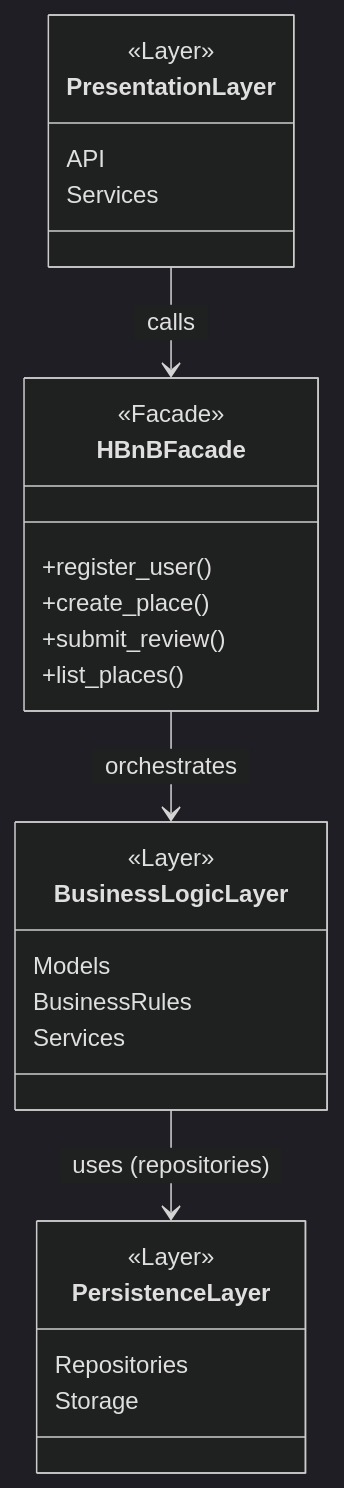
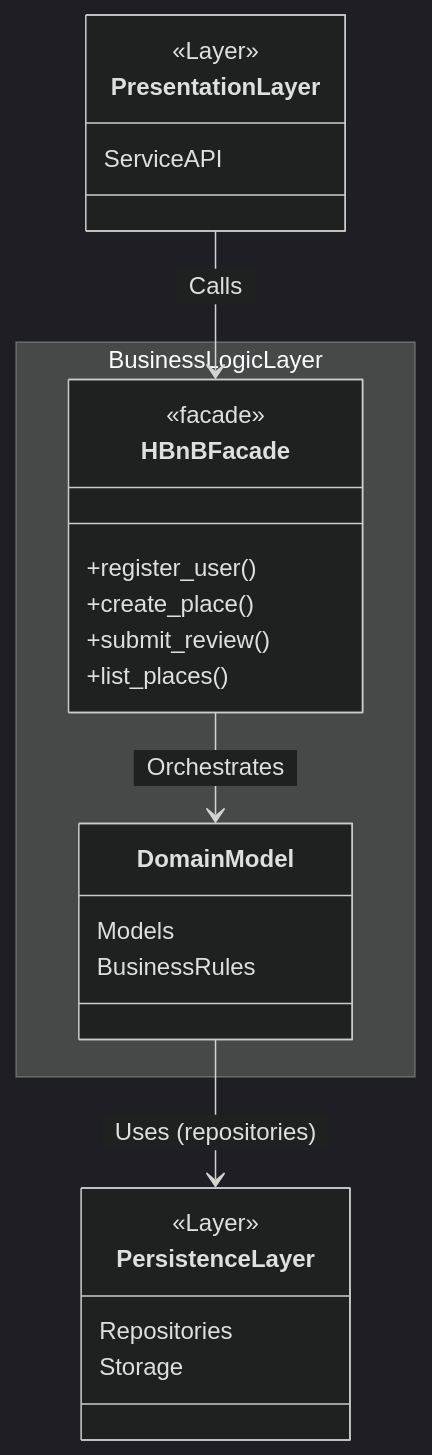
One commit to Aythann/holbertonschool-hbnb changed the diagram in part1/01_architecture.mmd. Above: the diagram before and after it, drawn with Mermaid (dark theme).

Commit message:
Update architecture file

```diff
--- a/part1/01_architecture.mmd
+++ b/part1/01_architecture.mmd
@@ -1,32 +1,30 @@
 classDiagram
 
 class PresentationLayer {
   <<Layer>>
-  API
-  Services
+  ServiceAPI
 }
 
-class HBnBFacade {
-  <<Facade>>
-  +register_user()
-  +create_place()
-  +submit_review()
-  +list_places()
-}
-
-class BusinessLogicLayer {
-  <<Layer>>
-  Models
-  BusinessRules
-  Services
+namespace BusinessLogicLayer {
+  class HBnBFacade {
+    <<facade>>
+    +register_user()
+    +create_place()
+    +submit_review()
+    +list_places()
+  }
+  class DomainModel {
+    Models
+    BusinessRules
+  }
 }
 
 class PersistenceLayer {
   <<Layer>>
   Repositories
   Storage
 }
 
-PresentationLayer --> HBnBFacade : &nbsp calls &nbsp
-HBnBFacade --> BusinessLogicLayer : &nbsp orchestrates &nbsp
-BusinessLogicLayer --> PersistenceLayer : &nbsp uses (repositories) &nbsp
+PresentationLayer --> HBnBFacade : &nbsp Calls &nbsp
+HBnBFacade --> DomainModel : &nbsp Orchestrates &nbsp
+DomainModel --> PersistenceLayer : &nbsp Uses (repositories) &nbsp
```
